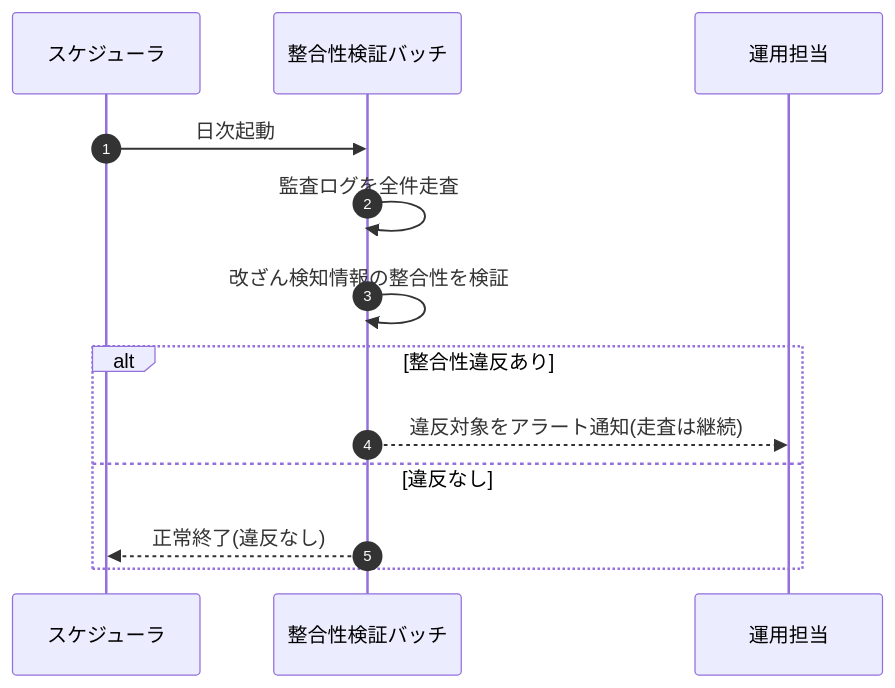
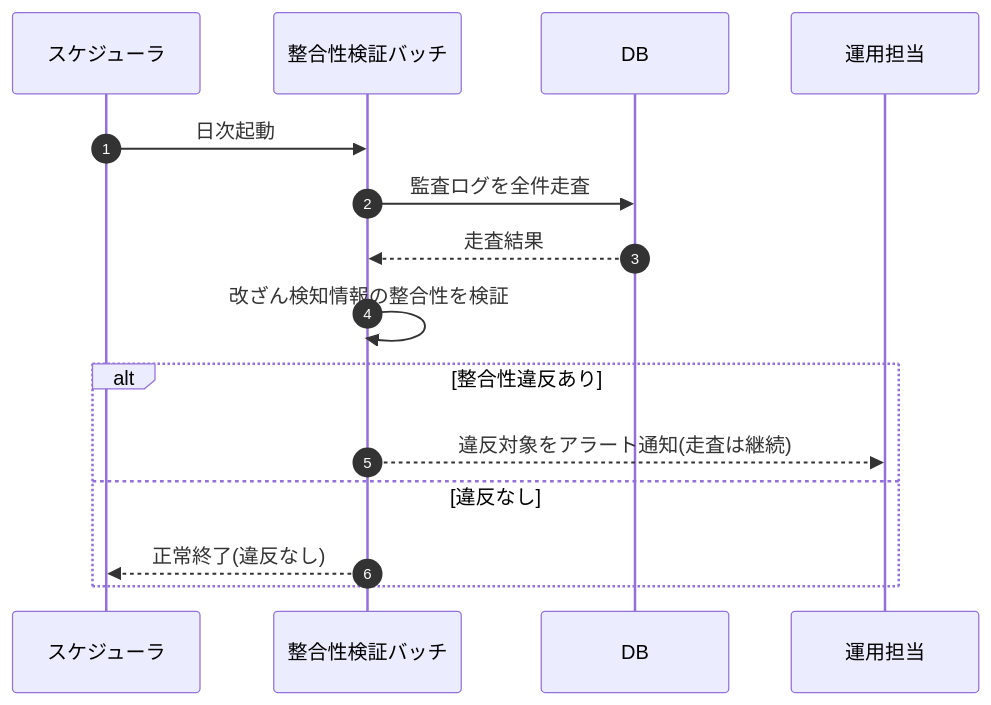
One commit to sikakou54/open-faq changed the diagram in 02_basic_design/03_sequences/SEQ-107.md. Above: the diagram before and after it, drawn with Mermaid. The commit also changed other lines of this file and 122 other files, not shown here.

First line of the commit message:
シーケンス図に DB アクターを追加(DB 操作をサーバー自己メッセージから分離)

````diff
--- a/02_basic_design/03_sequences/SEQ-107.md
+++ b/02_basic_design/03_sequences/SEQ-107.md
@@ -26,15 +26,17 @@
 ```mermaid
 sequenceDiagram
   autonumber
   participant SCH as スケジューラ
   participant B as 整合性検証バッチ
+  participant DB as DB
   participant OP as 運用担当
   SCH->>B: 日次起動
-  B->>B: 監査ログを全件走査
+  B->>DB: 監査ログを全件走査
+  DB-->>B: 走査結果
   B->>B: 改ざん検知情報の整合性を検証
   alt 整合性違反あり
     B-->>OP: 違反対象をアラート通知(走査は継続)
   else 違反なし
     B-->>SCH: 正常終了(違反なし)
   end
 ```
````
